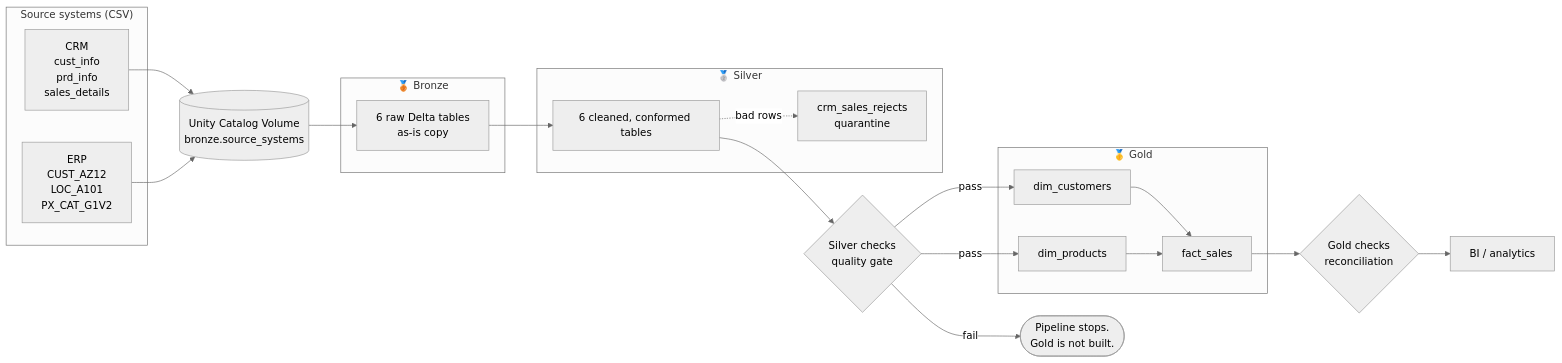
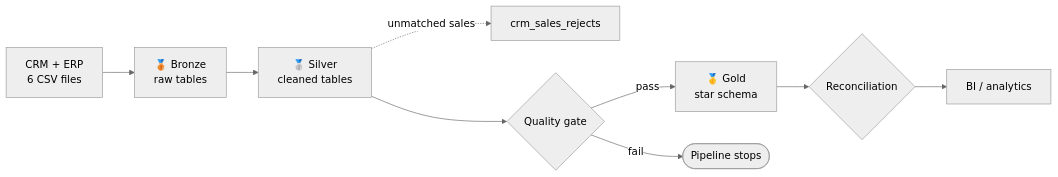
The diagram in README.md (vinay4955/Bike-Data-Lakehouse), drawn with Mermaid (neutral theme) before and after one commit. The commit also changed other lines of this file, not shown here.

````diff
--- a/README.md
+++ b/README.md
@@ -24,39 +19,10 @@
 ```mermaid
 flowchart LR
-    subgraph SRC["Source systems (CSV)"]
-        CRM["CRM<br/>cust_info<br/>prd_info<br/>sales_details"]
-        ERP["ERP<br/>CUST_AZ12<br/>LOC_A101<br/>PX_CAT_G1V2"]
-    end
-
-    VOL[("Unity Catalog Volume<br/>bronze.source_systems")]
-
-    subgraph BRZ["🥉 Bronze"]
-        B["6 raw Delta tables<br/>as-is copy"]
-    end
-
-    subgraph SLV["🥈 Silver"]
-        S["6 cleaned, conformed tables"]
-        R["crm_sales_rejects<br/>quarantine"]
-    end
-
-    GATE{"Silver checks<br/>quality gate"}
-
-    subgraph GLD["🥇 Gold"]
-        D1["dim_customers"]
-        D2["dim_products"]
-        F["fact_sales"]
-    end
-
-    RECON{"Gold checks<br/>reconciliation"}
-    BI["BI / analytics"]
-
-    CRM --> VOL
-    ERP --> VOL
-    VOL --> B --> S
-    S -. bad rows .-> R
-    S --> GATE
-    GATE -- pass --> D1 & D2
-    D1 & D2 --> F
-    F --> RECON --> BI
-    GATE -- fail --> STOP(["Pipeline stops.<br/>Gold is not built."])
+    SRC["CRM + ERP<br/>6 CSV files"] --> B["🥉 Bronze<br/>raw tables"]
+    B --> S["🥈 Silver<br/>cleaned tables"]
+    S -. unmatched sales .-> R["crm_sales_rejects"]
+    S --> G{"Quality gate"}
+    G -- pass --> GOLD["🥇 Gold<br/>star schema"]
+    G -- fail --> X(["Pipeline stops"])
+    GOLD --> C{"Reconciliation"} --> BI["BI / analytics"]
 ```
````
